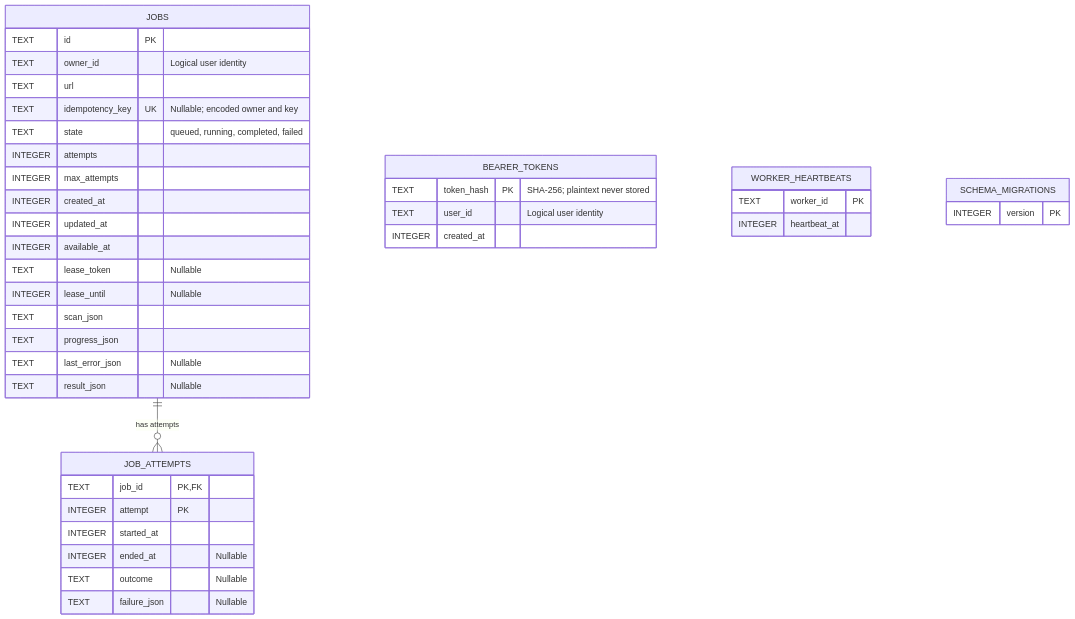
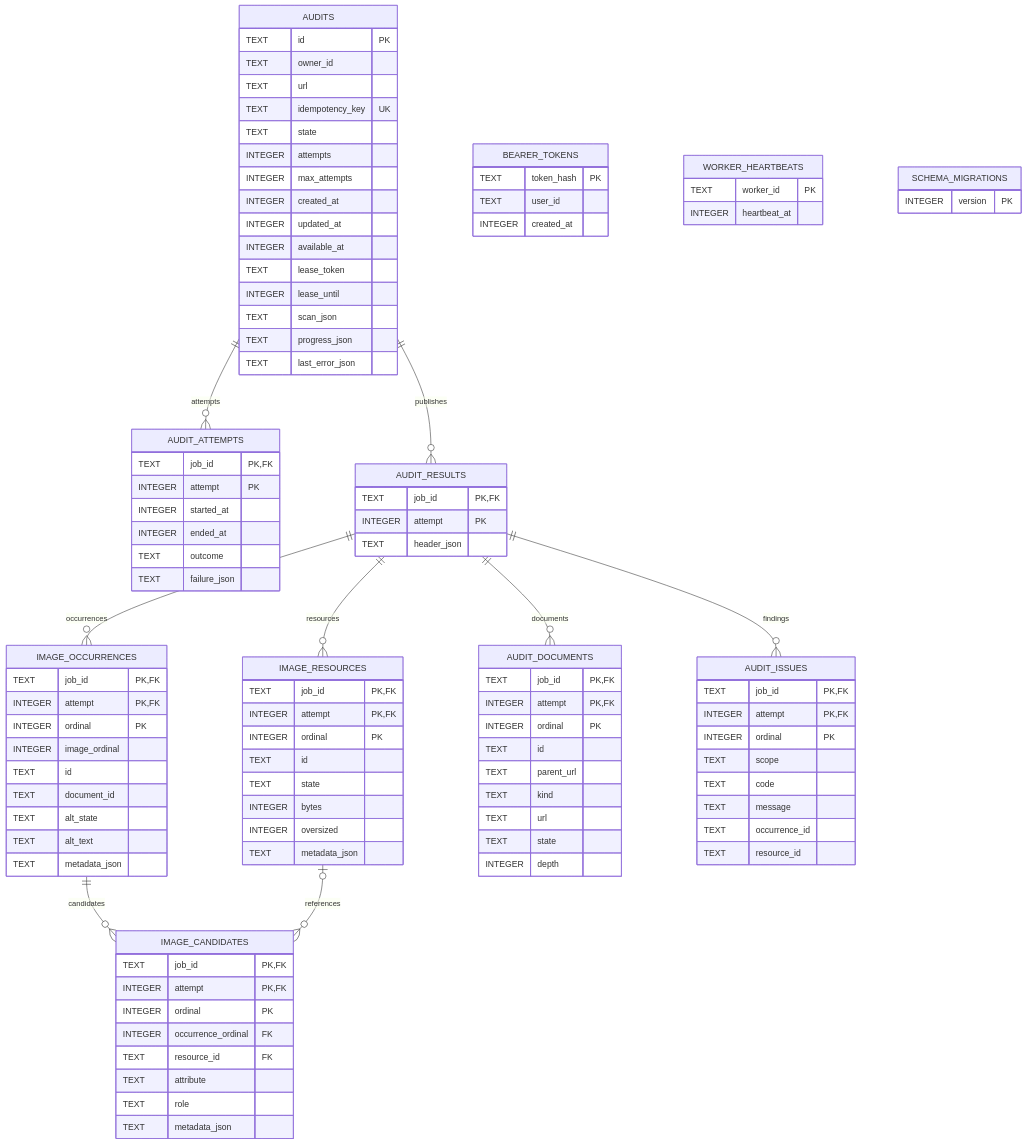
Before and after one commit to arthurcui/web-image-audit: the diagram in docs/DECISIONS.md, drawn with Mermaid. The commit also changed other lines of this file and 48 other files, not shown here.

````diff
--- a/docs/DECISIONS.md
+++ b/docs/DECISIONS.md
@@ -16,46 +17,104 @@
 ```mermaid
 erDiagram
-    JOBS ||--o{ JOB_ATTEMPTS : "has attempts"
-
-    JOBS {
+    AUDITS ||--o{ AUDIT_ATTEMPTS : attempts
+    AUDITS ||--o{ AUDIT_RESULTS : publishes
+    AUDIT_RESULTS ||--o{ IMAGE_RESOURCES : resources
+    AUDIT_RESULTS ||--o{ IMAGE_OCCURRENCES : occurrences
+    IMAGE_OCCURRENCES ||--o{ IMAGE_CANDIDATES : candidates
+    IMAGE_RESOURCES o|--o{ IMAGE_CANDIDATES : references
+    AUDIT_RESULTS ||--o{ AUDIT_DOCUMENTS : documents
+    AUDIT_RESULTS ||--o{ AUDIT_ISSUES : findings
+    AUDITS {
         TEXT id PK
-        TEXT owner_id "Logical user identity"
+        TEXT owner_id
         TEXT url
-        TEXT idempotency_key UK "Nullable; encoded owner and key"
-        TEXT state "queued, running, completed, failed"
+        TEXT idempotency_key UK
+        TEXT state
         INTEGER attempts
         INTEGER max_attempts
         INTEGER created_at
         INTEGER updated_at
         INTEGER available_at
-        TEXT lease_token "Nullable"
-        INTEGER lease_until "Nullable"
+        TEXT lease_token
+        INTEGER lease_until
         TEXT scan_json
         TEXT progress_json
-        TEXT last_error_json "Nullable"
-        TEXT result_json "Nullable"
+        TEXT last_error_json
     }
-
-    JOB_ATTEMPTS {
-        TEXT job_id PK, FK
+    AUDIT_ATTEMPTS {
+        TEXT job_id PK,FK
         INTEGER attempt PK
         INTEGER started_at
-        INTEGER ended_at "Nullable"
-        TEXT outcome "Nullable"
-        TEXT failure_json "Nullable"
+        INTEGER ended_at
+        TEXT outcome
+        TEXT failure_json
     }
-
+    AUDIT_RESULTS {
+        TEXT job_id PK,FK
+        INTEGER attempt PK
+        TEXT header_json
+    }
+    IMAGE_RESOURCES {
+        TEXT job_id PK,FK
+        INTEGER attempt PK,FK
+        INTEGER ordinal PK
+        TEXT id
+        TEXT state
+        INTEGER bytes
+        INTEGER oversized
+        TEXT metadata_json
+    }
+    IMAGE_OCCURRENCES {
+        TEXT job_id PK,FK
+        INTEGER attempt PK,FK
+        INTEGER ordinal PK
+        INTEGER image_ordinal
+        TEXT id
+        TEXT document_id
+        TEXT alt_state
+        TEXT alt_text
+        TEXT metadata_json
+    }
+    IMAGE_CANDIDATES {
+        TEXT job_id PK,FK
+        INTEGER attempt PK,FK
+        INTEGER ordinal PK
+        INTEGER occurrence_ordinal FK
+        TEXT resource_id FK
+        TEXT attribute
+        TEXT role
+        TEXT metadata_json
+    }
+    AUDIT_DOCUMENTS {
+        TEXT job_id PK,FK
+        INTEGER attempt PK,FK
+        INTEGER ordinal PK
+        TEXT id
+        TEXT parent_url
+        TEXT kind
+        TEXT url
+        TEXT state
+        INTEGER depth
+    }
+    AUDIT_ISSUES {
+        TEXT job_id PK,FK
+        INTEGER attempt PK,FK
+        INTEGER ordinal PK
+        TEXT scope
+        TEXT code
+        TEXT message
+        TEXT occurrence_id
+        TEXT resource_id
+    }
     BEARER_TOKENS {
-        TEXT token_hash PK "SHA-256; plaintext never stored"
-        TEXT user_id "Logical user identity"
+        TEXT token_hash PK
+        TEXT user_id
         INTEGER created_at
     }
-
     WORKER_HEARTBEATS {
         TEXT worker_id PK
         INTEGER heartbeat_at
     }
-
     SCHEMA_MIGRATIONS {
         INTEGER version PK
     }
````
